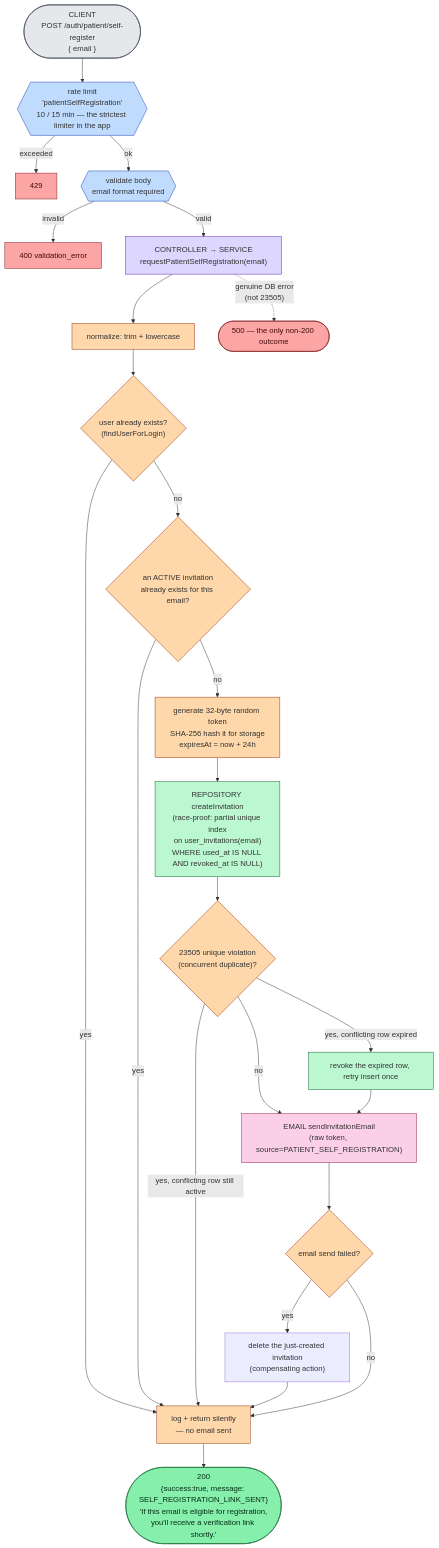
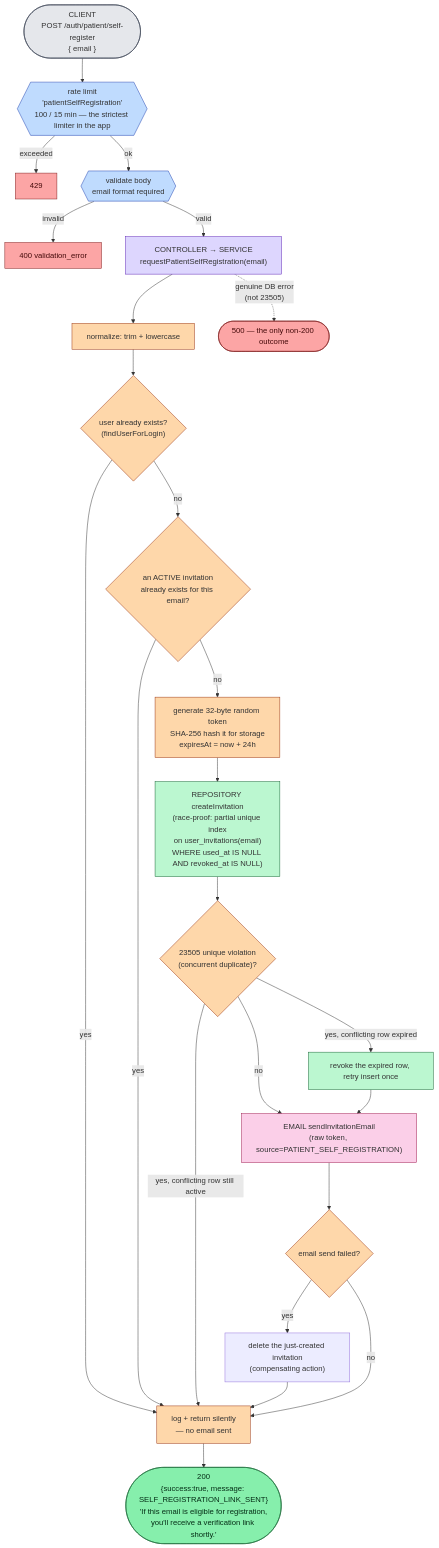
One commit to sumitBoraSG/fullStackAssessment changed the third of 6 diagrams in docs/architecture/01-authentication-authorization.md. Above: the diagram before and after it, drawn with Mermaid. The commit also changed other lines of this file and 23 other files, not shown here.

````diff
--- a/docs/architecture/01-authentication-authorization.md
+++ b/docs/architecture/01-authentication-authorization.md
@@ -115,42 +115,42 @@
 ```mermaid
 flowchart TD
-    A(["CLIENT\nPOST /auth/patient/self-register\n{ email }"]) --> B{{"rate limit\n'patientSelfRegistration'\n10 / 15 min — the strictest limiter in the app"}}
+    A(["CLIENT\nPOST /auth/patient/self-register\n{ email }"]) --> B{{"rate limit\n'patientSelfRegistration'\n100 / 15 min — the strictest limiter in the app"}}
     B -->|"exceeded"| B1["429"]
     B -->|"ok"| C{{"validate body\nemail format required"}}
     C -->|"invalid"| C1["400 validation_error"]
     C -->|"valid"| D["CONTROLLER → SERVICE\nrequestPatientSelfRegistration(email)"]
     D --> E["normalize: trim + lowercase"]
     E --> F{"user already exists?\n(findUserForLogin)"}
     F -->|"yes"| Z["log + return silently\n— no email sent"]
     F -->|"no"| G{"an ACTIVE invitation\nalready exists for this email?"}
     G -->|"yes"| Z
     G -->|"no"| H["generate 32-byte random token\nSHA-256 hash it for storage\nexpiresAt = now + 24h"]
     H --> I["REPOSITORY createInvitation\n(race-proof: partial unique index\non user_invitations(email)\nWHERE used_at IS NULL AND revoked_at IS NULL)"]
     I --> J{"23505 unique violation\n(concurrent duplicate)?"}
     J -->|"yes, conflicting row expired"| K["revoke the expired row, retry insert once"]
     J -->|"yes, conflicting row still active"| Z
     J -->|"no"| L["EMAIL sendInvitationEmail\n(raw token, source=PATIENT_SELF_REGISTRATION)"]
     K --> L
     L --> M{"email send failed?"}
     M -->|"yes"| M1["delete the just-created invitation\n(compensating action)"] --> Z
     M -->|"no"| Z
     Z --> R(["200\n{success:true, message: SELF_REGISTRATION_LINK_SENT}\n'If this email is eligible for registration,\nyou'll receive a verification link shortly.'"])
     D -.->|"genuine DB error\n(not 23505)"| X(["500 — the only non-200 outcome"])
 
     classDef client fill:#e5e7eb,stroke:#374151
     classDef mw fill:#bfdbfe,stroke:#1e40af
     classDef ctrl fill:#ddd6fe,stroke:#5b21b6
     classDef svc fill:#fed7aa,stroke:#9a3412
     classDef db fill:#bbf7d0,stroke:#166534
     classDef mail fill:#fbcfe8,stroke:#9d174d
     classDef ok fill:#86efac,stroke:#166534,color:#052e16
     classDef err fill:#fca5a5,stroke:#7f1d1d,color:#450a0a
     class A client
     class B,C mw
     class D ctrl
     class E,F,G,H,J,M,Z svc
     class I,K db
     class L mail
     class R ok
     class B1,C1,X err
 ```
````
